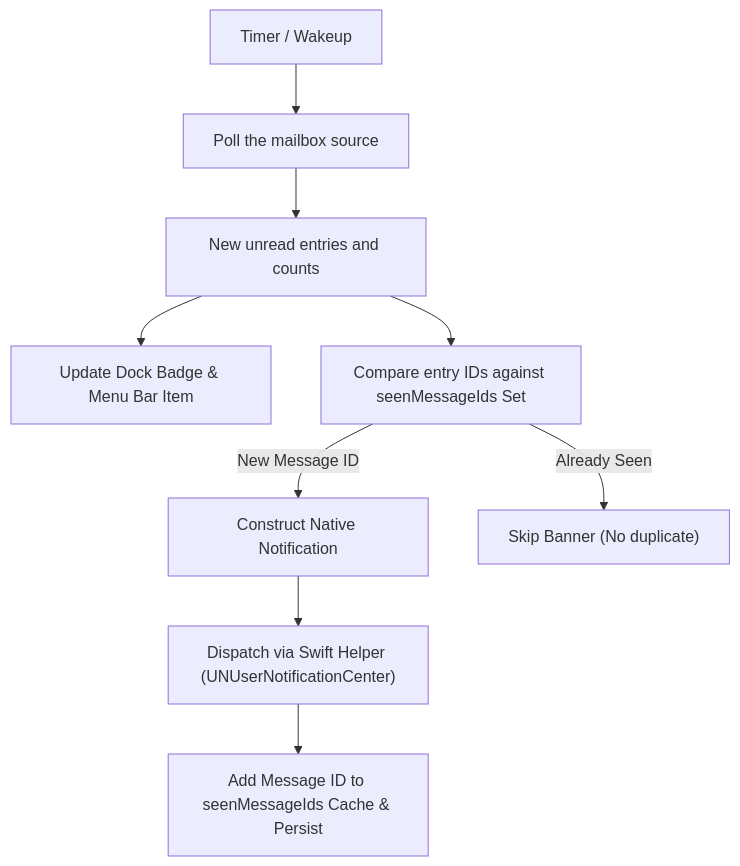
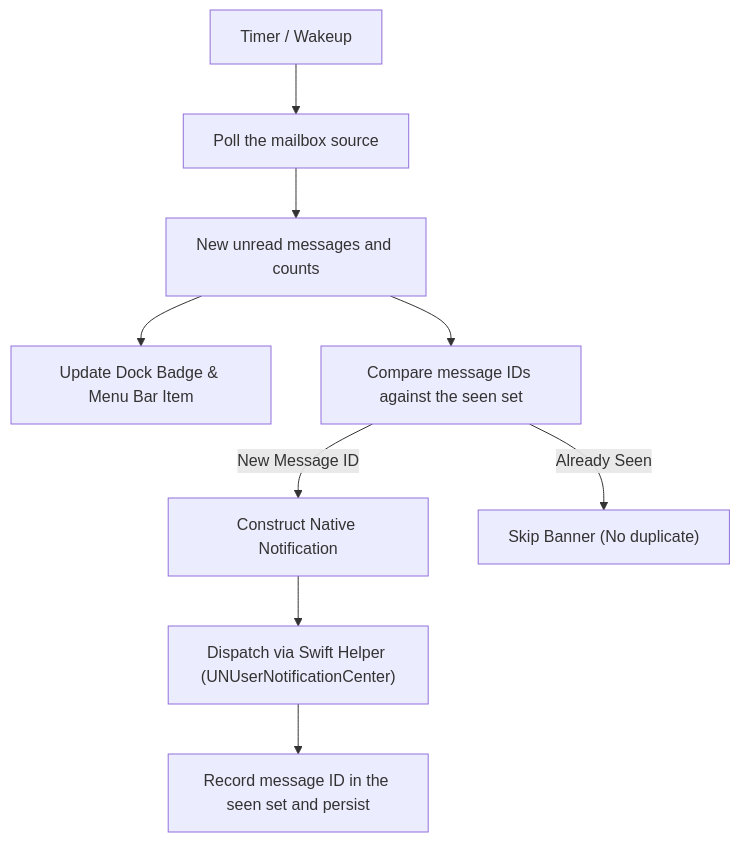
The diagram in docs/magimail/notifications.md (alxhslm/magic-apps), drawn with Mermaid before and after one commit. The commit also changed other lines of this file and 8 other files, not shown here.

````diff
--- a/docs/magimail/notifications.md
+++ b/docs/magimail/notifications.md
@@ -12,14 +12,14 @@
 ```mermaid
 graph TD
     A["Timer / Wakeup"] --> B["Poll the mailbox source"]
-    B --> C["New unread entries and counts"]
+    B --> C["New unread messages and counts"]
 
     C --> D["Update Dock Badge & Menu Bar Item"]
-    C --> E["Compare entry IDs against seenMessageIds Set"]
+    C --> E["Compare message IDs against the seen set"]
 
     E -->|New Message ID| F["Construct Native Notification"]
     F --> G["Dispatch via Swift Helper (UNUserNotificationCenter)"]
-    G --> H["Add Message ID to seenMessageIds Cache & Persist"]
+    G --> H["Record message ID in the seen set and persist"]
 
     E -->|Already Seen| I["Skip Banner (No duplicate)"]
 ```
````
